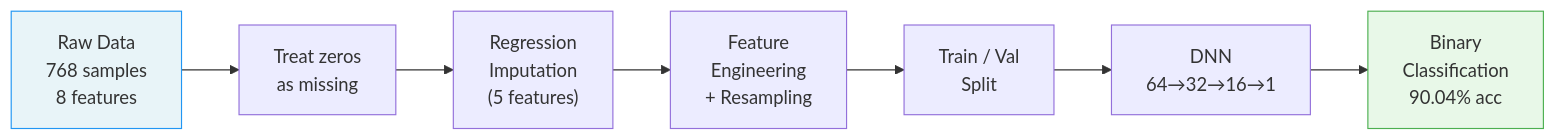
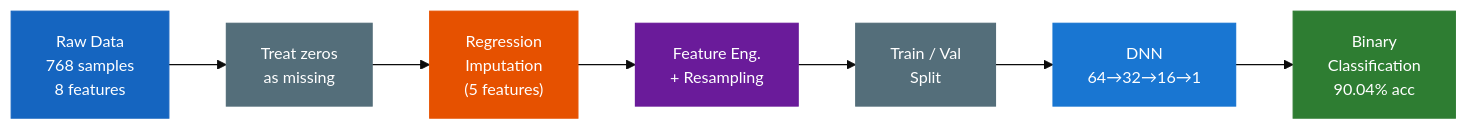
The first of 5 diagrams in ML.qmd (buttegggggggg/buttegggggggg.github.io), drawn with Mermaid before and after one commit. The commit also changed other lines of this file and 1 other file, not shown here.

First line of the commit message:
Fix Mermaid diagrams: dark fill/white text, <br/> line breaks, width-constrained

````diff
--- a/ML.qmd
+++ b/ML.qmd
@@ -27,12 +28,21 @@
 ```{mermaid}
+%%{init: {"theme": "base", "themeVariables": {"fontSize": "14px"}}}%%
 flowchart LR
-    A["Raw Data\n768 samples\n8 features"] --> B["Treat zeros\nas missing"]
-    B --> C["Regression\nImputation\n(5 features)"]
-    C --> D["Feature\nEngineering\n+ Resampling"]
-    D --> E["Train / Val\nSplit"]
-    E --> F["DNN\n64→32→16→1"]
-    F --> G["Binary\nClassification\n90.04% acc"]
+    A["Raw Data<br/>768 samples<br/>8 features"]
+    B["Treat zeros<br/>as missing"]
+    C["Regression<br/>Imputation<br/>(5 features)"]
+    D["Feature Eng.<br/>+ Resampling"]
+    E["Train / Val<br/>Split"]
+    F["DNN<br/>64→32→16→1"]
+    G["Binary<br/>Classification<br/>90.04% acc"]
 
-    style A fill:#e8f4f8,stroke:#2196F3
-    style G fill:#e8f8e8,stroke:#4CAF50
+    A --> B --> C --> D --> E --> F --> G
+
+    style A fill:#1565C0,color:#fff,stroke:#1565C0
+    style B fill:#546E7A,color:#fff,stroke:#546E7A
+    style C fill:#E65100,color:#fff,stroke:#E65100
+    style D fill:#6A1B9A,color:#fff,stroke:#6A1B9A
+    style E fill:#546E7A,color:#fff,stroke:#546E7A
+    style F fill:#1976D2,color:#fff,stroke:#1976D2
+    style G fill:#2E7D32,color:#fff,stroke:#2E7D32
 ```
````
